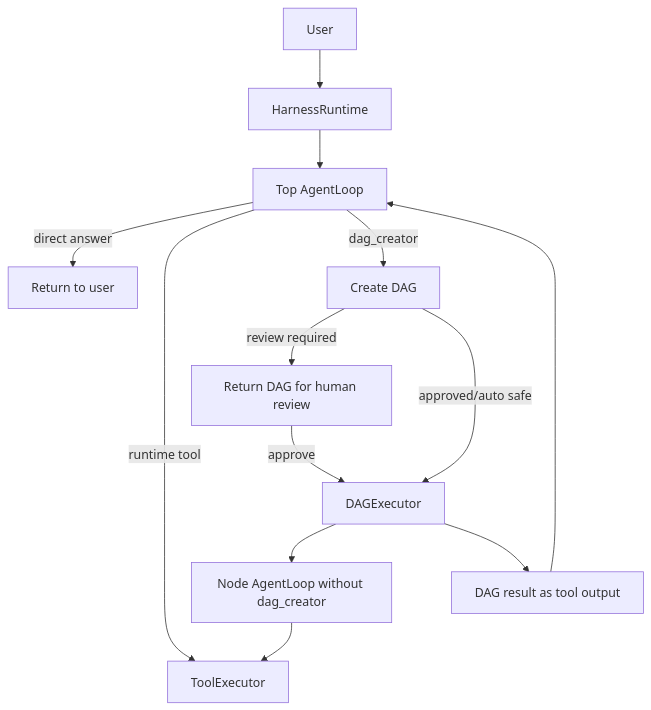
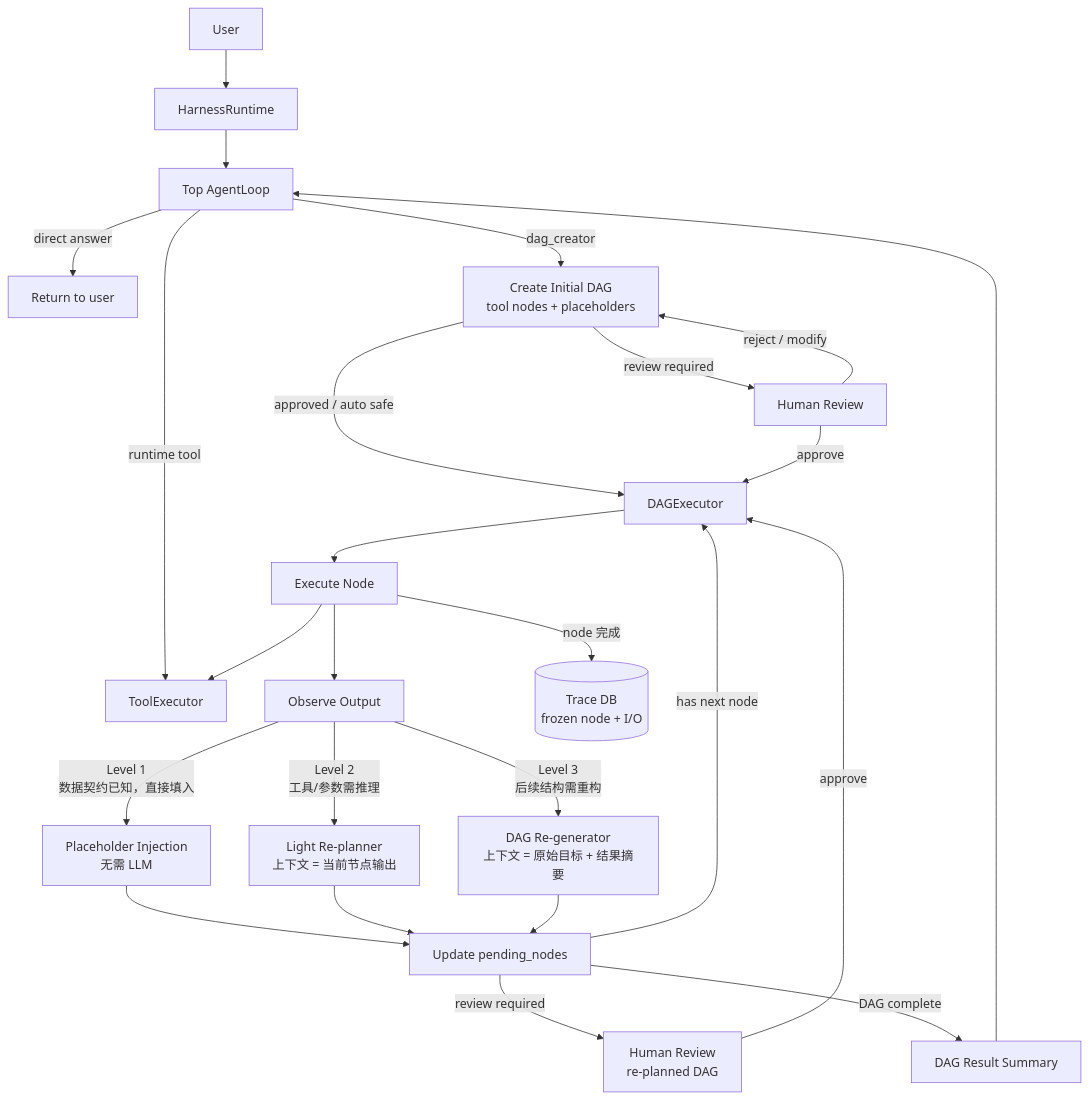
Before and after one commit to RobotSe7en/dagent: the diagram in README.md, drawn with Mermaid. The commit also changed other lines of this file, not shown here.

First line of the commit message:
Revise README for dynamic DAG execution details

````diff
--- a/README.md
+++ b/README.md
@@ -158,20 +158,34 @@
 ```mermaid
 flowchart TD
   U["User"] --> R["HarnessRuntime"]
   R --> A["Top AgentLoop"]
 
   A -->|"direct answer"| O["Return to user"]
   A -->|"runtime tool"| T["ToolExecutor"]
-  A -->|"dag_creator"| D["Create DAG"]
+  A -->|"dag_creator"| D["Create Initial DAG\ntool nodes + placeholders"]
 
-  D -->|"review required"| UI["Return DAG for human review"]
-  D -->|"approved/auto safe"| E["DAGExecutor"]
+  D -->|"review required"| UI["Human Review"]
+  D -->|"approved / auto safe"| E["DAGExecutor"]
+  UI -->|"approve"| E
+  UI -->|"reject / modify"| D
 
-  UI -->|"approve"| E
+  E --> N["Execute Node"]
+  N --> T
+  N --> OBS["Observe Output"]
+  N -->|"node 完成"| TR[("Trace DB\nfrozen node + I/O")]
 
-  E --> N["Node AgentLoop without dag_creator"]
-  N --> T
+  OBS -->|"Level 1\n数据契约已知，直接填入"| INJ["Placeholder Injection\n无需 LLM"]
+  OBS -->|"Level 2\n工具/参数需推理"| RP["Light Re-planner\n上下文 = 当前节点输出"]
+  OBS -->|"Level 3\n后续结构需重构"| RG["DAG Re-generator\n上下文 = 原始目标 + 结果摘要"]
 
-  E --> DR["DAG result as tool output"]
+  INJ --> NXT["Update pending_nodes"]
+  RP --> NXT
+  RG --> NXT
+
+  NXT -->|"has next node"| E
+  NXT -->|"review required"| UI2["Human Review\nre-planned DAG"]
+  UI2 -->|"approve"| E
+
+  NXT -->|"DAG complete"| DR["DAG Result Summary"]
   DR --> A
 ```
````
